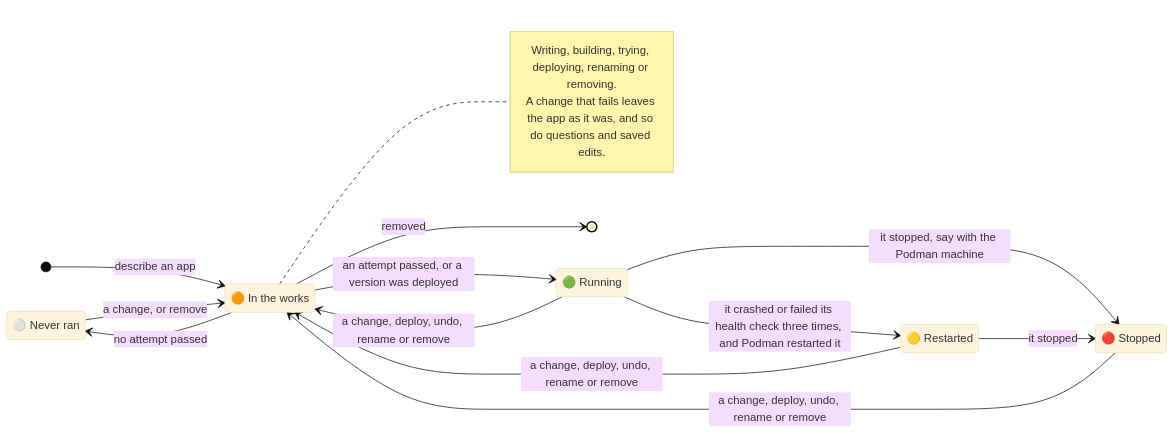
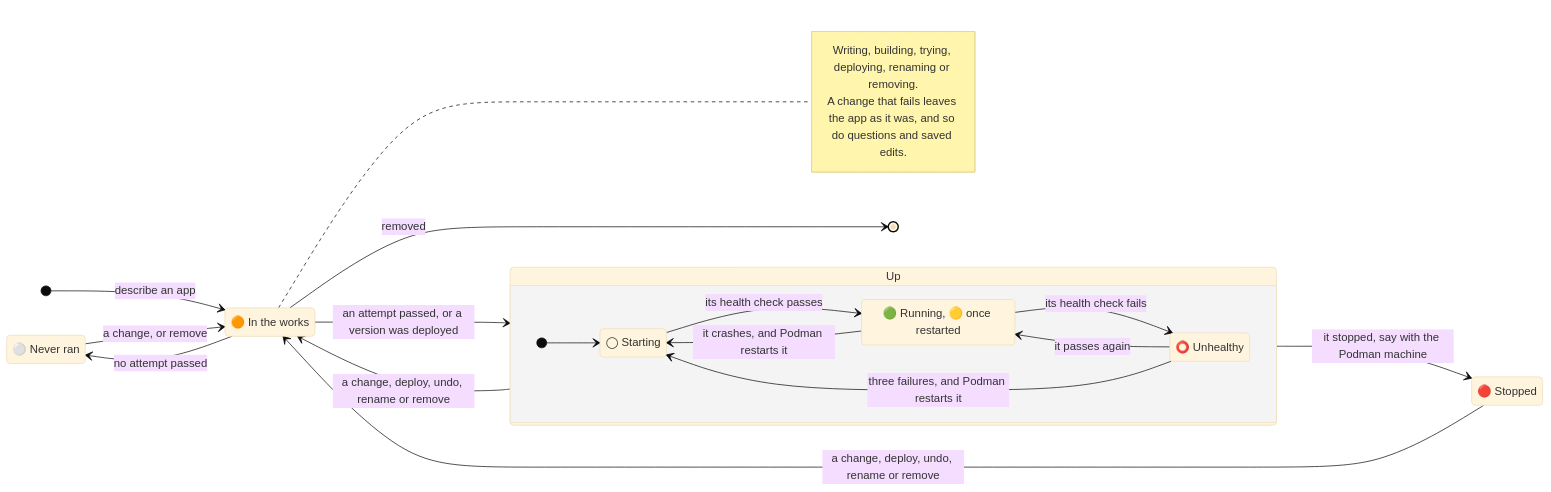
One commit to JGalego/mayfly changed the third of 4 diagrams in README.md. Above: the diagram before and after it, drawn with Mermaid (base theme). The commit also changed other lines of this file and 8 other files, not shown here.

Commit message:
feat: show when an app is starting, or running but failing its health check

````diff
--- a/README.md
+++ b/README.md
@@ -119,25 +119,32 @@
 ```mermaid
 stateDiagram-v2
   direction LR
   state "⚪ Never ran" as never
   state "🟠 In the works" as working
-  state "🟢 Running" as running
-  state "🟡 Restarted" as restarted
   state "🔴 Stopped" as stopped
+  state "Up" as up {
+    direction LR
+    state "◯ Starting" as starting
+    state "🟢 Running, 🟡 once restarted" as running
+    state "⭕ Unhealthy" as unhealthy
+    [*] --> starting
+    starting --> running: its health check passes
+    running --> unhealthy: its health check fails
+    unhealthy --> running: it passes again
+    unhealthy --> starting: three failures, and Podman restarts it
+    running --> starting: it crashes, and Podman restarts it
+  }
 
   [*] --> working: describe an app
   working --> never: no attempt passed
-  working --> running: an attempt passed, or a version was deployed
+  working --> up: an attempt passed, or a version was deployed
   working --> [*]: removed
   never --> working: a change, or remove
-  running --> working: a change, deploy, undo, rename or remove
-  running --> restarted: it crashed or failed its health check three times, and Podman restarted it
-  restarted --> working: a change, deploy, undo, rename or remove
-  running --> stopped: it stopped, say with the Podman machine
-  restarted --> stopped: it stopped
+  up --> working: a change, deploy, undo, rename or remove
+  up --> stopped: it stopped, say with the Podman machine
   stopped --> working: a change, deploy, undo, rename or remove
   note right of working
     Writing, building, trying, deploying, renaming or removing.
     A change that fails leaves the app as it was, and so do questions and saved edits.
   end note
 ```
````
